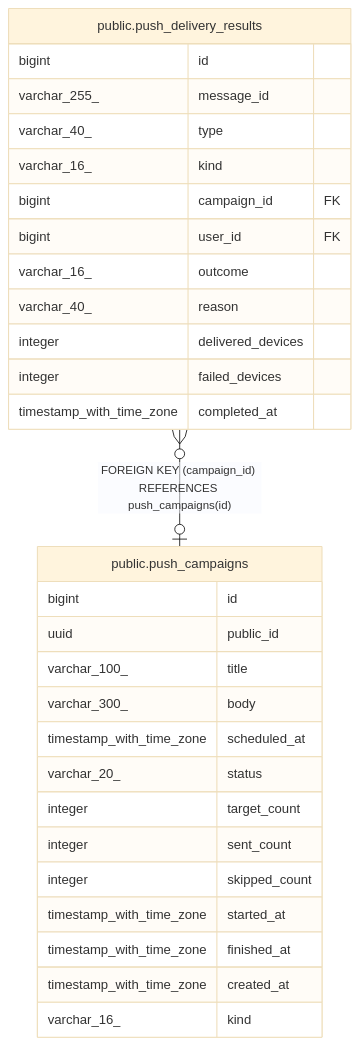
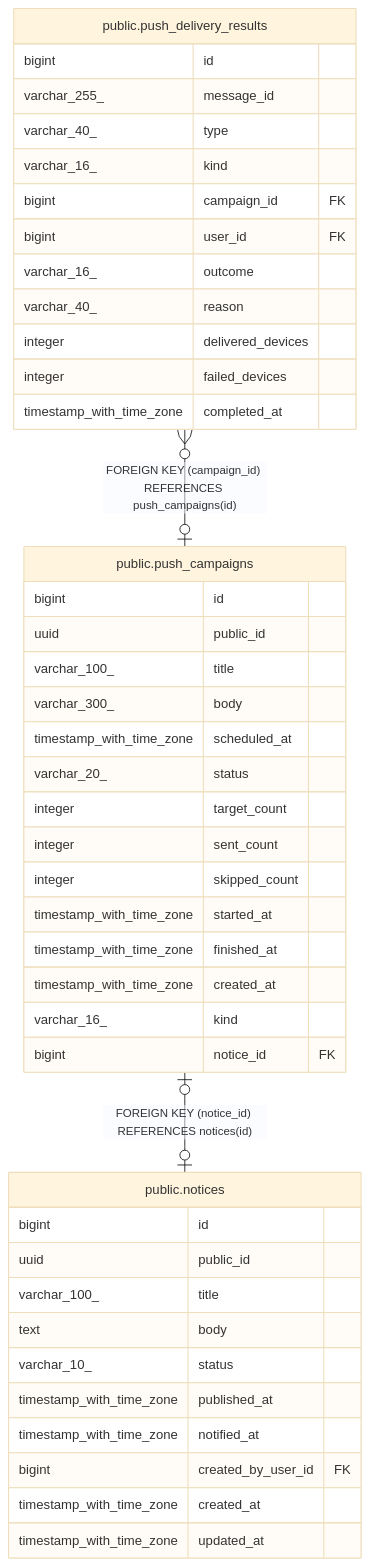
One commit to KIM-N-KANG/manyak-server changed the diagram in dbdoc/public.push_campaigns.md. Above: the diagram before and after it, drawn with Mermaid (base theme). The commit also changed other lines of this file and 27 other files, not shown here.

````diff
--- a/dbdoc/public.push_campaigns.md
+++ b/dbdoc/public.push_campaigns.md
@@ -40,34 +44,48 @@
 ```mermaid
 erDiagram
 
 "public.push_delivery_results" }o--o| "public.push_campaigns" : "FOREIGN KEY (campaign_id) REFERENCES push_campaigns(id)"
+"public.push_campaigns" |o--o| "public.notices" : "FOREIGN KEY (notice_id) REFERENCES notices(id)"
 
 "public.push_campaigns" {
   bigint id
   uuid public_id
   varchar_100_ title
   varchar_300_ body
   timestamp_with_time_zone scheduled_at
   varchar_20_ status
   integer target_count
   integer sent_count
   integer skipped_count
   timestamp_with_time_zone started_at
   timestamp_with_time_zone finished_at
   timestamp_with_time_zone created_at
   varchar_16_ kind
+  bigint notice_id FK
+}
+"public.notices" {
+  bigint id
+  uuid public_id
+  varchar_100_ title
+  text body
+  varchar_10_ status
+  timestamp_with_time_zone published_at
+  timestamp_with_time_zone notified_at
+  bigint created_by_user_id FK
+  timestamp_with_time_zone created_at
+  timestamp_with_time_zone updated_at
 }
 "public.push_delivery_results" {
   bigint id
   varchar_255_ message_id
   varchar_40_ type
   varchar_16_ kind
   bigint campaign_id FK
   bigint user_id FK
   varchar_16_ outcome
   varchar_40_ reason
   integer delivered_devices
   integer failed_devices
   timestamp_with_time_zone completed_at
 }
 ```
````
